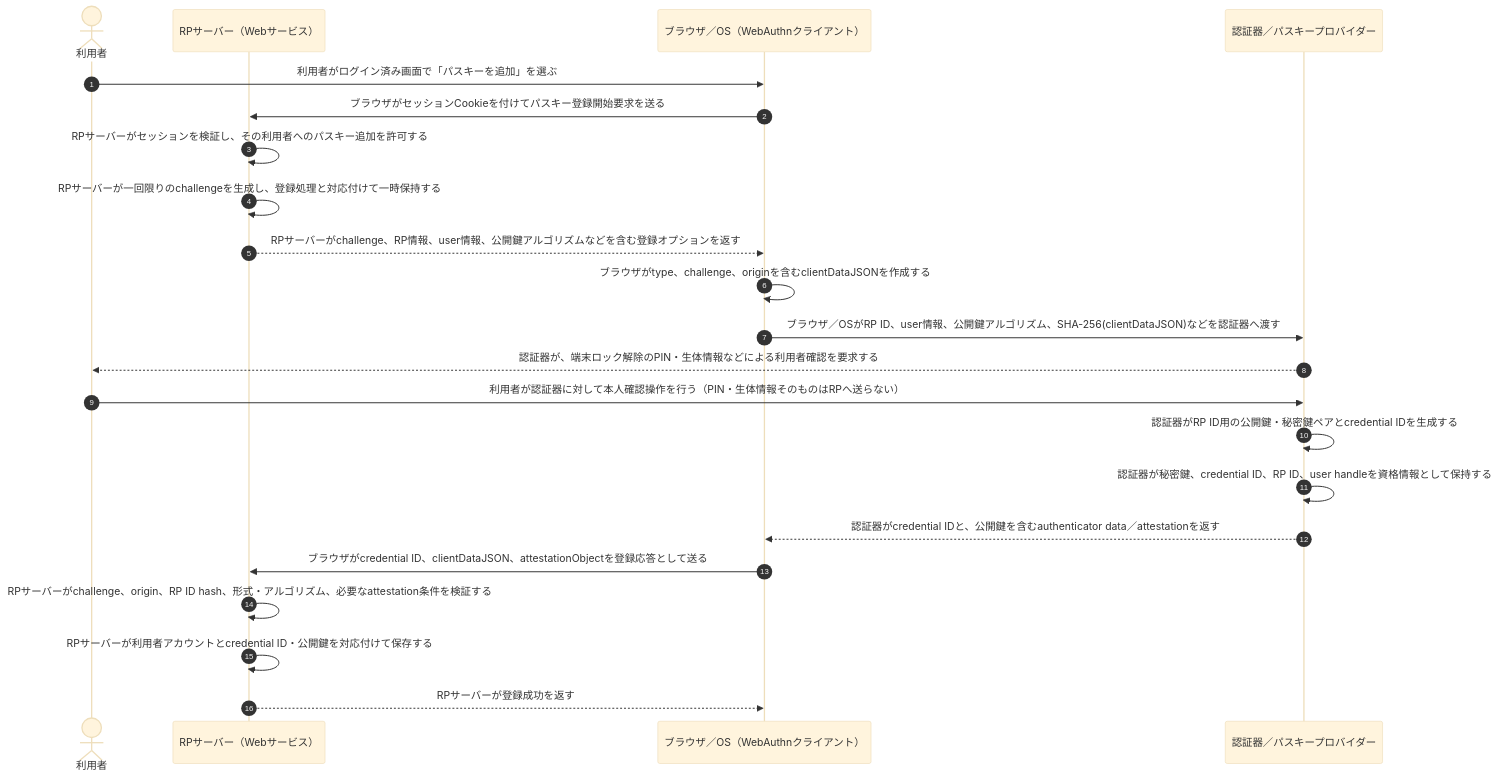
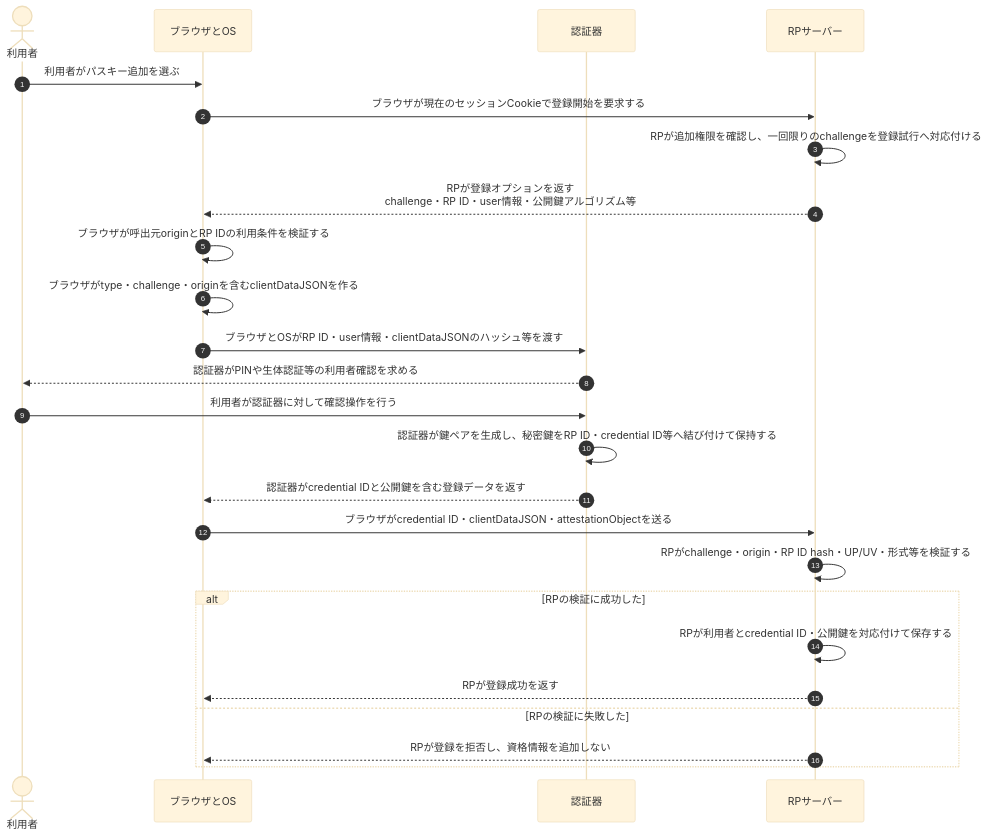
Before and after one commit to ryusuke2003/security-specialist-study: the first of 3 diagrams in 復習用/流れ図/WebAuthnとパスキー認証.md, drawn with Mermaid (base theme). The commit also changed other lines of this file and 26 other files, not shown here.

Commit message:
流れ図全23資料の主体と処理段階を明確化し構造検査を追加

````diff
--- a/復習用/流れ図/WebAuthnとパスキー認証.md
+++ b/復習用/流れ図/WebAuthnとパスキー認証.md
@@ -7,25 +13,28 @@
 ```mermaid
 sequenceDiagram
     autonumber
-    actor User as 利用者
-    participant RP as RPサーバー（Webサービス）
-    participant Client as ブラウザ／OS（WebAuthnクライアント）
-    participant Auth as 認証器／パスキープロバイダー
+    actor U as 利用者
+    participant B as ブラウザとOS
+    participant A as 認証器
+    participant R as RPサーバー
 
-    User->>Client: 利用者がログイン済み画面で「パスキーを追加」を選ぶ
-    Client->>RP: ブラウザがセッションCookieを付けてパスキー登録開始要求を送る
-    RP->>RP: RPサーバーがセッションを検証し、その利用者へのパスキー追加を許可する
-    RP->>RP: RPサーバーが一回限りのchallengeを生成し、登録処理と対応付けて一時保持する
-    RP-->>Client: RPサーバーがchallenge、RP情報、user情報、公開鍵アルゴリズムなどを含む登録オプションを返す
-    Client->>Client: ブラウザがtype、challenge、originを含むclientDataJSONを作成する
-    Client->>Auth: ブラウザ／OSがRP ID、user情報、公開鍵アルゴリズム、SHA-256(clientDataJSON)などを認証器へ渡す
-    Auth-->>User: 認証器が、端末ロック解除のPIN・生体情報などによる利用者確認を要求する
-    User->>Auth: 利用者が認証器に対して本人確認操作を行う（PIN・生体情報そのものはRPへ送らない）
-    Auth->>Auth: 認証器がRP ID用の公開鍵・秘密鍵ペアとcredential IDを生成する
-    Auth->>Auth: 認証器が秘密鍵、credential ID、RP ID、user handleを資格情報として保持する
-    Auth-->>Client: 認証器がcredential IDと、公開鍵を含むauthenticator data／attestationを返す
-    Client->>RP: ブラウザがcredential ID、clientDataJSON、attestationObjectを登録応答として送る
-    RP->>RP: RPサーバーがchallenge、origin、RP ID hash、形式・アルゴリズム、必要なattestation条件を検証する
-    RP->>RP: RPサーバーが利用者アカウントとcredential ID・公開鍵を対応付けて保存する
-    RP-->>Client: RPサーバーが登録成功を返す
+    U->>B: 利用者がパスキー追加を選ぶ
+    B->>R: ブラウザが現在のセッションCookieで登録開始を要求する
+    R->>R: RPが追加権限を確認し、一回限りのchallengeを登録試行へ対応付ける
+    R-->>B: RPが登録オプションを返す<br/>challenge・RP ID・user情報・公開鍵アルゴリズム等
+    B->>B: ブラウザが呼出元originとRP IDの利用条件を検証する
+    B->>B: ブラウザがtype・challenge・originを含むclientDataJSONを作る
+    B->>A: ブラウザとOSがRP ID・user情報・clientDataJSONのハッシュ等を渡す
+    A-->>U: 認証器がPINや生体認証等の利用者確認を求める
+    U->>A: 利用者が認証器に対して確認操作を行う
+    A->>A: 認証器が鍵ペアを生成し、秘密鍵をRP ID・credential ID等へ結び付けて保持する
+    A-->>B: 認証器がcredential IDと公開鍵を含む登録データを返す
+    B->>R: ブラウザがcredential ID・clientDataJSON・attestationObjectを送る
+    R->>R: RPがchallenge・origin・RP ID hash・UP/UV・形式等を検証する
+    alt RPの検証に成功した
+        R->>R: RPが利用者とcredential ID・公開鍵を対応付けて保存する
+        R-->>B: RPが登録成功を返す
+    else RPの検証に失敗した
+        R-->>B: RPが登録を拒否し、資格情報を追加しない
+    end
 ```
````
